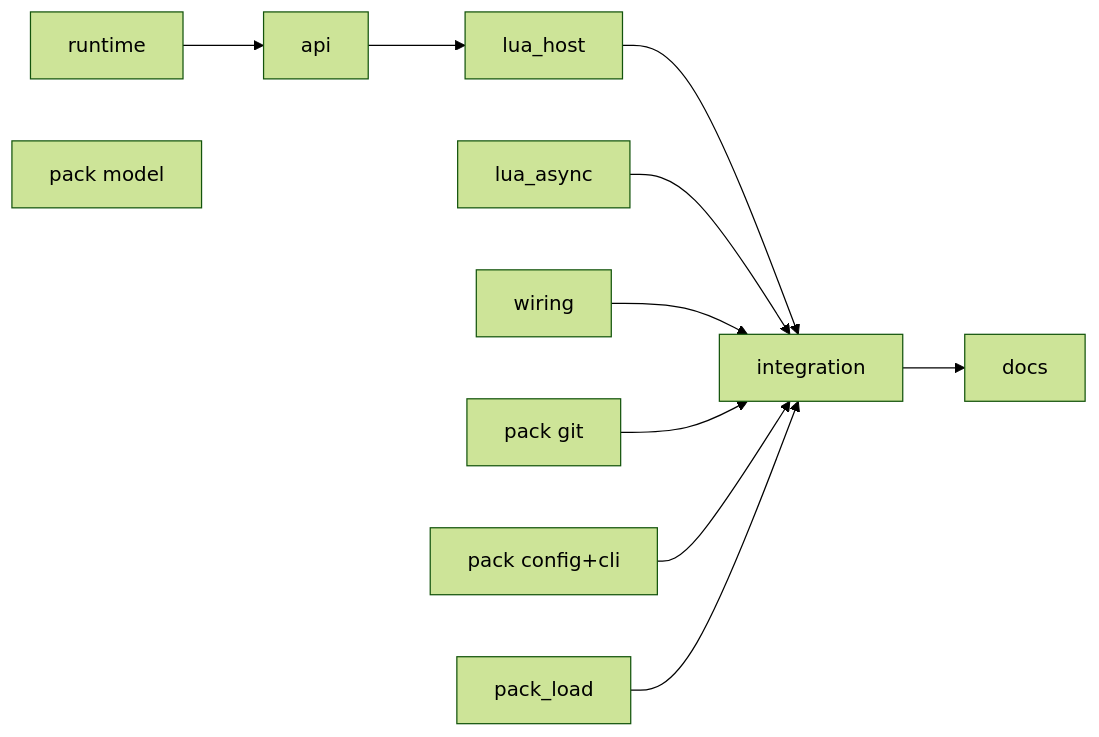
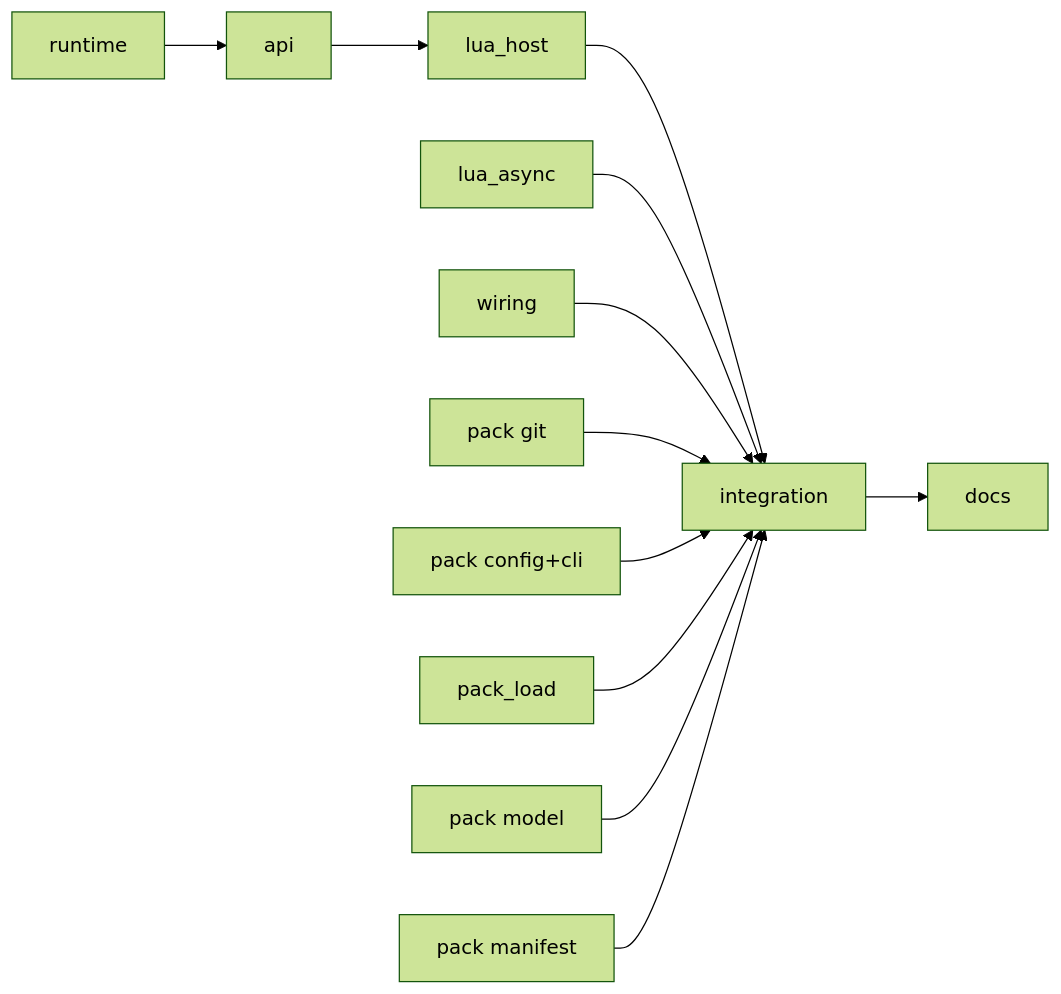
One commit to morrieinmaas/grofe changed the second of 3 diagrams in docs/plans/2026-11-14-lua-plugins.md. Above: the diagram before and after it, drawn with Mermaid (forest theme). The commit also changed other lines of this file and 2 other files, not shown here.

Commit message:
docs(spec): Luau scripting and grofe pack, reversing the 2026-09-29 Lua drop

````diff
--- a/docs/plans/2026-11-14-lua-plugins.md
+++ b/docs/plans/2026-11-14-lua-plugins.md
@@ -61,24 +37,27 @@
 ```mermaid
 flowchart LR
   T1[runtime]
   T2[api]
   T3[lua_host]
   T4[lua_async]
   T5[wiring]
   T6[pack model]
   T7[pack git]
   T8[pack config+cli]
   T9[pack_load]
   T10[integration]
   T11[docs]
+  T12[pack manifest]
   %% taskgraph
   T1 --> T2
   T2 --> T3
   T3 --> T10
   T4 --> T10
   T5 --> T10
   T7 --> T10
   T8 --> T10
   T9 --> T10
+  T6 --> T10
+  T12 --> T10
   T10 --> T11
 ```
````
